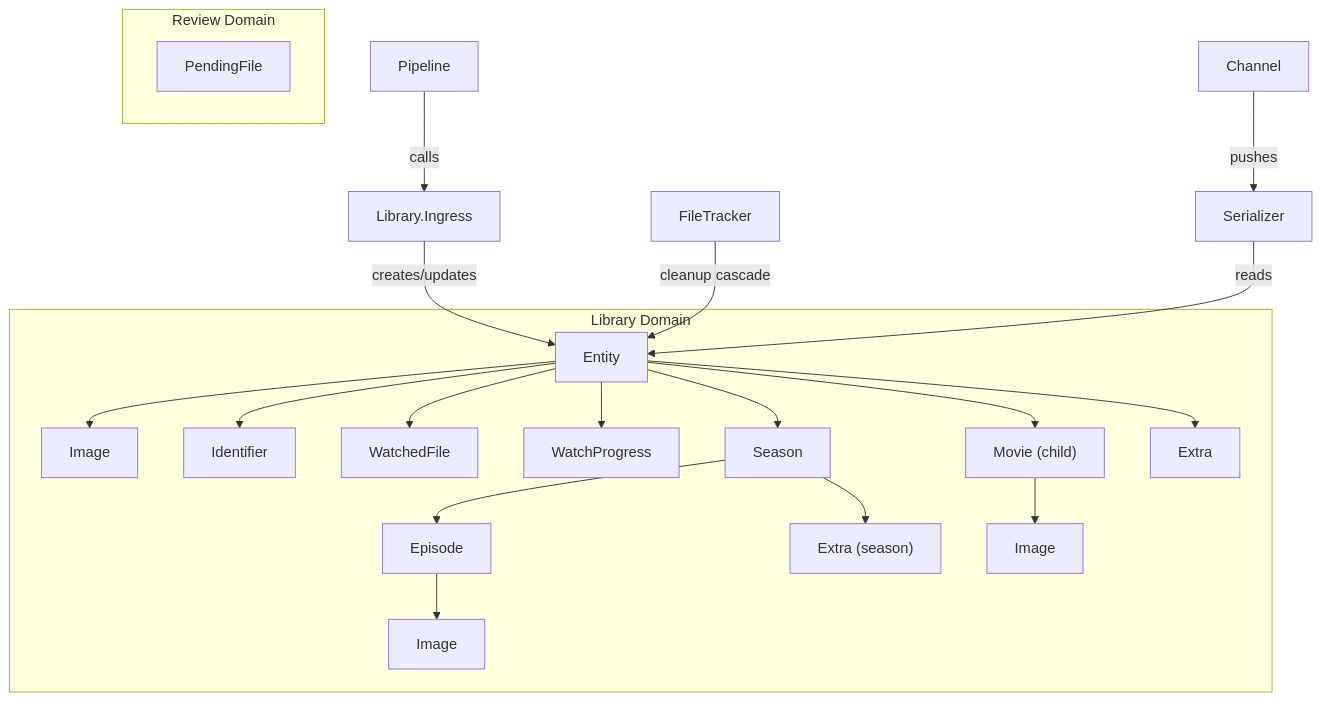
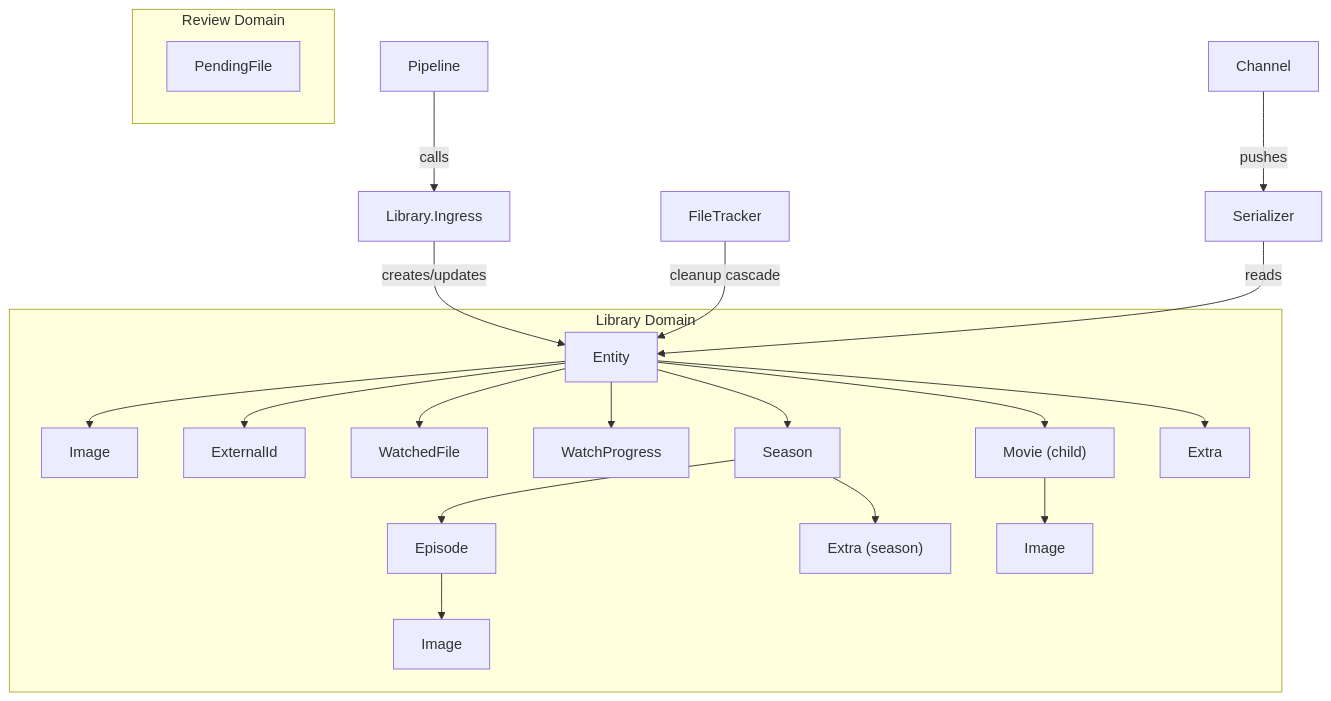
One commit to media-centaur/media-centaur changed the first of 2 diagrams in docs/library.md. Above: the diagram before and after it, drawn with Mermaid. The commit also changed other lines of this file and 24 other files, not shown here.

Commit message:
refactor: Rename Identifier to ExternalId with clearer field names

````diff
--- a/docs/library.md
+++ b/docs/library.md
@@ -19,26 +19,26 @@
 ```mermaid
 graph TD
     subgraph "Library Domain"
         Entity --> Image
-        Entity --> Identifier
+        Entity --> ExternalId
         Entity --> WatchedFile
         Entity --> WatchProgress
         Entity --> Season
         Entity --> Movie["Movie (child)"]
         Entity --> Extra
         Season --> Episode
         Season --> ExtraS["Extra (season)"]
         Episode --> EpImage[Image]
         Movie --> MImage[Image]
     end
 
     subgraph "Review Domain"
         PendingFile
     end
 
     Ingress[Library.Ingress] -->|creates/updates| Entity
     Pipeline -->|calls| Ingress
     FileTracker -->|cleanup cascade| Entity
     Serializer -->|reads| Entity
     Channel -->|pushes| Serializer
 ```
````
